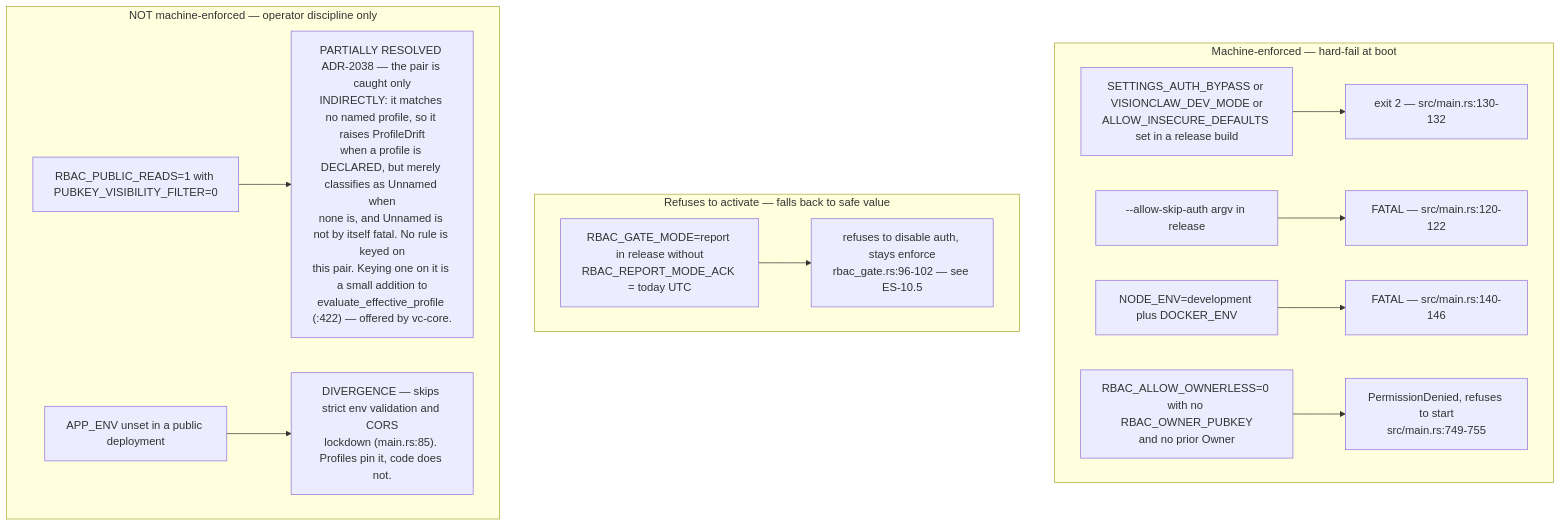
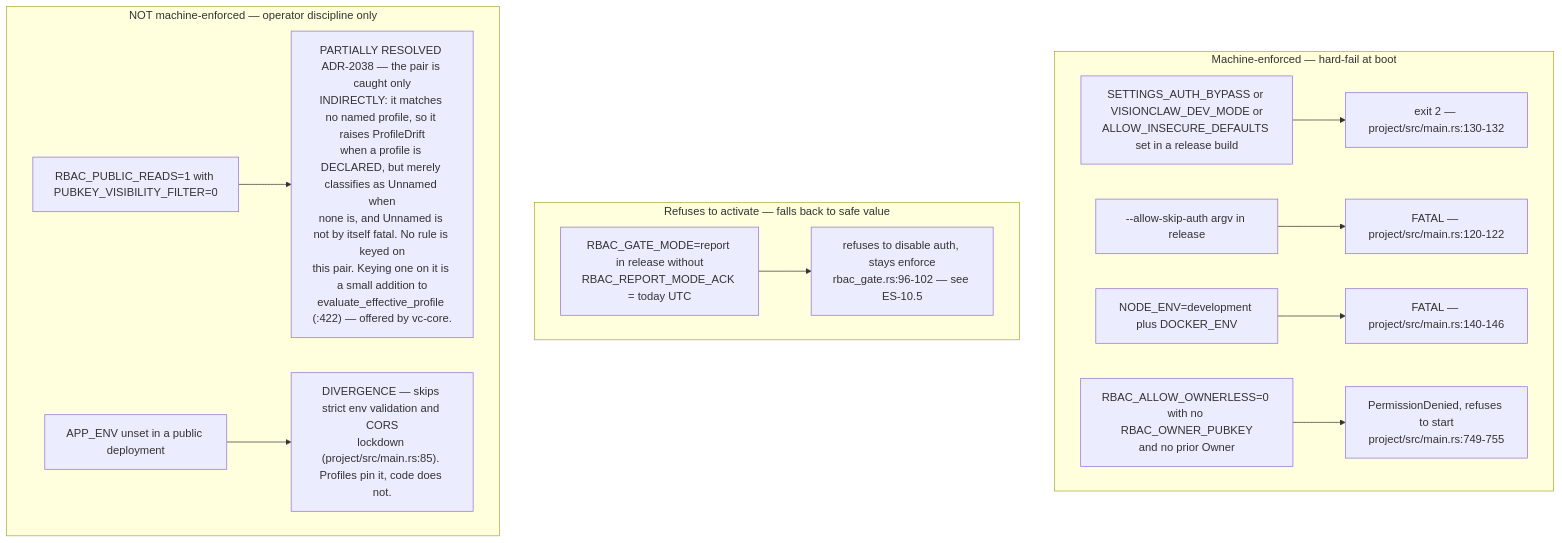
The fourth of 10 diagrams in docs/diagrams/estate/10-deployment-and-security-profiles.md (DreamLab-AI/VisionFlow), drawn with Mermaid before and after one commit. The commit also changed other lines of this file and 185 other files, not shown here.

Commit message:
docs(estate): reconcile diagrams and ADRs with source and define closeout sprint

````diff
--- a/docs/diagrams/estate/10-deployment-and-security-profiles.md
+++ b/docs/diagrams/estate/10-deployment-and-security-profiles.md
@@ -153,31 +158,31 @@
 ```mermaid
 flowchart TB
     subgraph hard["Machine-enforced — hard-fail at boot"]
         H1["SETTINGS_AUTH_BYPASS or VISIONCLAW_DEV_MODE or<br/>ALLOW_INSECURE_DEFAULTS set in a release build"]
-        H1E["exit 2 — src/main.rs:130-132"]
+        H1E["exit 2 — project/src/main.rs:130-132"]
         H2["--allow-skip-auth argv in release"]
-        H2E["FATAL — src/main.rs:120-122"]
+        H2E["FATAL — project/src/main.rs:120-122"]
         H3["NODE_ENV=development plus DOCKER_ENV"]
-        H3E["FATAL — src/main.rs:140-146"]
+        H3E["FATAL — project/src/main.rs:140-146"]
         H4["RBAC_ALLOW_OWNERLESS=0 with no RBAC_OWNER_PUBKEY<br/>and no prior Owner"]
-        H4E["PermissionDenied, refuses to start<br/>src/main.rs:749-755"]
+        H4E["PermissionDenied, refuses to start<br/>project/src/main.rs:749-755"]
     end
     subgraph soft["Refuses to activate — falls back to safe value"]
         S1["RBAC_GATE_MODE=report in release without<br/>RBAC_REPORT_MODE_ACK = today UTC"]
         S1E["refuses to disable auth, stays enforce<br/>rbac_gate.rs:96-102 — see ES-10.5"]
     end
     subgraph none["NOT machine-enforced — operator discipline only"]
         N1["RBAC_PUBLIC_READS=1 with PUBKEY_VISIBILITY_FILTER=0"]
         N1E["PARTIALLY RESOLVED ADR-2038 — the pair is caught only<br/>INDIRECTLY: it matches no named profile, so it raises ProfileDrift<br/>when a profile is DECLARED, but merely classifies as Unnamed when<br/>none is, and Unnamed is not by itself fatal. No rule is keyed on<br/>this pair. Keying one on it is a small addition to<br/>evaluate_effective_profile (:422) — offered by vc-core."]
         N2["APP_ENV unset in a public deployment"]
-        N2E["DIVERGENCE — skips strict env validation and CORS<br/>lockdown (main.rs:85). Profiles pin it, code does not."]
+        N2E["DIVERGENCE — skips strict env validation and CORS<br/>lockdown (project/src/main.rs:85). Profiles pin it, code does not."]
     end
 
     H1 --> H1E
     H2 --> H2E
     H3 --> H3E
     H4 --> H4E
     S1 --> S1E
     N1 --> N1E
     N2 --> N2E
 ```
````
